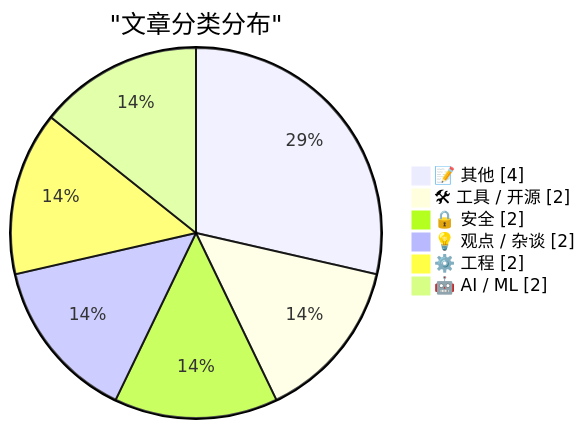
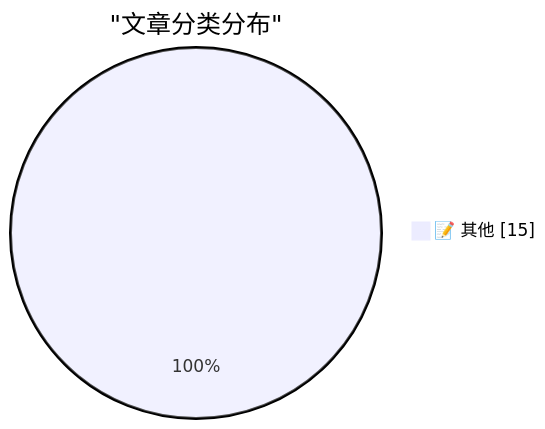
Before and after one commit to NicCraver/ai-daily-digest-web: the diagram in data/digest-20260709.md, drawn with Mermaid. The commit also changed other lines of this file and 2 other files, not shown here.

````diff
--- a/data/digest-20260709.md
+++ b/data/digest-20260709.md
@@ -53,10 +35,5 @@
 ```mermaid
 pie showData
     title "文章分类分布"
-    "📝 其他" : 4
-    "🛠 工具 / 开源" : 2
-    "🔒 安全" : 2
-    "💡 观点 / 杂谈" : 2
-    "⚙️ 工程" : 2
-    "🤖 AI / ML" : 2
+    "📝 其他" : 15
 ```
````
